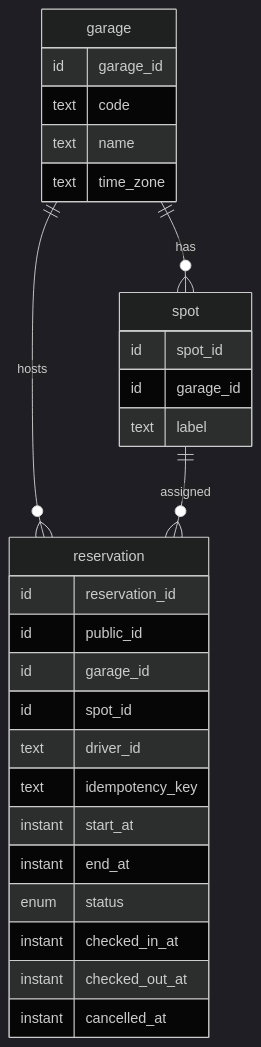
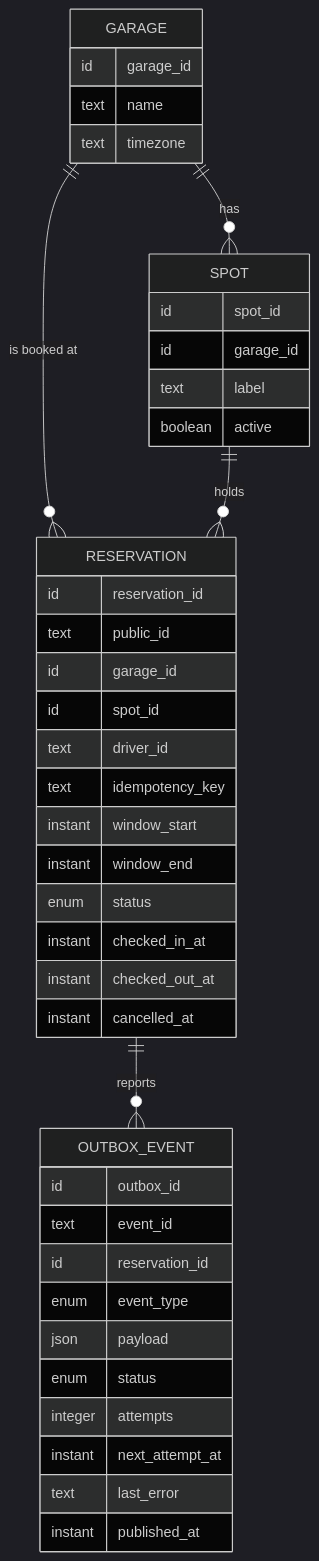
The diagram in demo/parking-reservation/docs/backend-design/data-design.md (si1verwind17/backend-skills), drawn with Mermaid (dark theme) before and after one commit. The commit also changed other lines of this file and 229 other files, not shown here.

````diff
--- a/demo/parking-reservation/docs/backend-design/data-design.md
+++ b/demo/parking-reservation/docs/backend-design/data-design.md
@@ -10,31 +9,44 @@
 ```mermaid
 erDiagram
-    garage ||--o{ spot : has
-    garage ||--o{ reservation : hosts
-    spot ||--o{ reservation : assigned
-    garage {
+    GARAGE ||--o{ SPOT : has
+    GARAGE ||--o{ RESERVATION : "is booked at"
+    SPOT ||--o{ RESERVATION : holds
+    RESERVATION ||--o{ OUTBOX_EVENT : reports
+    GARAGE {
         id garage_id
-        text code
         text name
-        text time_zone
+        text timezone
     }
-    spot {
+    SPOT {
         id spot_id
         id garage_id
         text label
+        boolean active
     }
-    reservation {
+    RESERVATION {
         id reservation_id
-        id public_id
+        text public_id
         id garage_id
         id spot_id
         text driver_id
         text idempotency_key
-        instant start_at
-        instant end_at
+        instant window_start
+        instant window_end
         enum status
         instant checked_in_at
         instant checked_out_at
         instant cancelled_at
     }
+    OUTBOX_EVENT {
+        id outbox_id
+        text event_id
+        id reservation_id
+        enum event_type
+        json payload
+        enum status
+        integer attempts
+        instant next_attempt_at
+        text last_error
+        instant published_at
+    }
 ```
````
